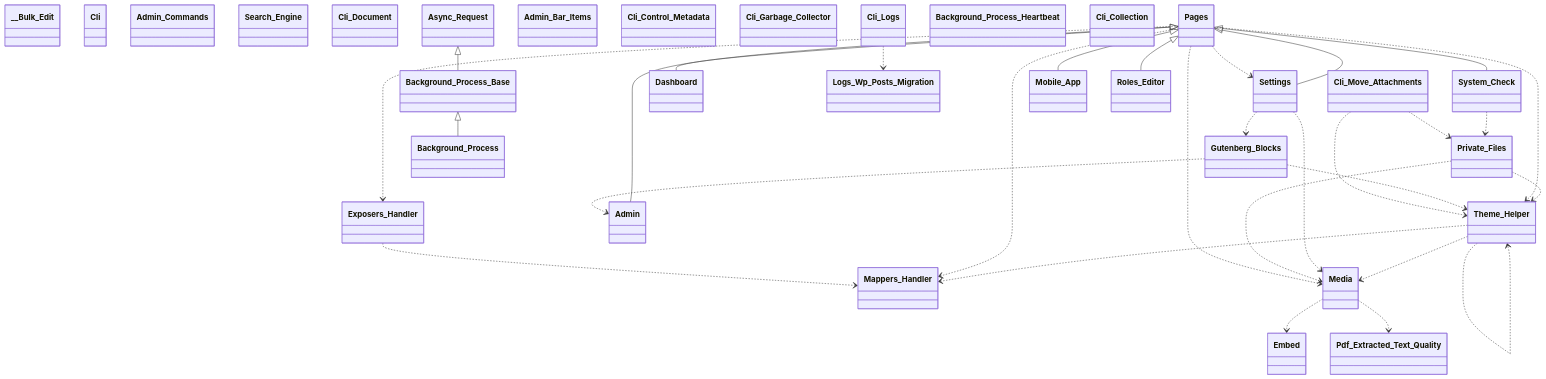
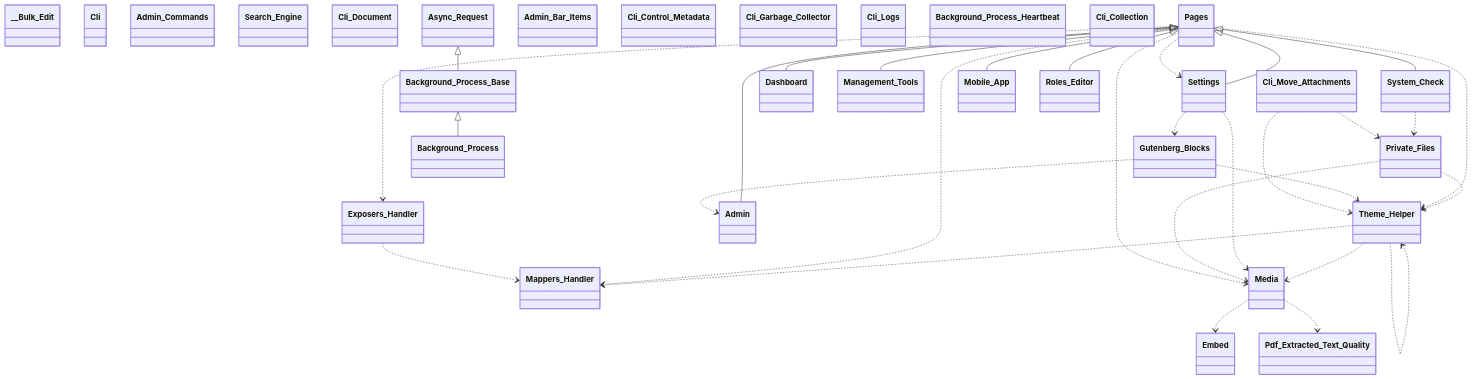
One commit to tainacan/tainacan changed the diagram in docs/diagrams/tainacan-namespace-Tainacan.mmd. Above: the diagram before and after it, drawn with Mermaid. The commit also changed 27 other files, not shown here.

```diff
--- a/docs/diagrams/tainacan-namespace-Tainacan.mmd
+++ b/docs/diagrams/tainacan-namespace-Tainacan.mmd
@@ -1,62 +1,62 @@
 classDiagram
     direction TB
     class __Bulk_Edit { }
     class Cli { }
     class Cli_Move_Attachments { }
     class Embed { }
     class System_Check { }
     class Admin_Commands { }
     class Search_Engine { }
     class Private_Files { }
     class Cli_Document { }
     class Settings { }
     class Dashboard { }
     class Pages { }
     class Admin_Bar_Items { }
     class Background_Process { }
     class Cli_Control_Metadata { }
     class Exposers_Handler { }
+    class Management_Tools { }
     class Pdf_Extracted_Text_Quality { }
     class Cli_Garbage_Collector { }
-    class Logs_Wp_Posts_Migration { }
     class Cli_Logs { }
     class Background_Process_Base { }
     class Background_Process_Heartbeat { }
     class Cli_Collection { }
     class Mobile_App { }
     class Gutenberg_Blocks { }
     class Roles_Editor { }
     class Admin { }
     class Mappers_Handler { }
     class Theme_Helper { }
     class Async_Request { }
     class Media { }
     Async_Request <|-- Background_Process_Base
     Background_Process_Base <|-- Background_Process
-    Cli_Logs ..> Logs_Wp_Posts_Migration
     Cli_Move_Attachments ..> Private_Files
     Cli_Move_Attachments ..> Theme_Helper
     Exposers_Handler ..> Mappers_Handler
     Gutenberg_Blocks ..> Admin
     Gutenberg_Blocks ..> Theme_Helper
     Media ..> Embed
     Media ..> Pdf_Extracted_Text_Quality
     Pages ..> Exposers_Handler
     Pages ..> Mappers_Handler
     Pages ..> Media
     Pages ..> Settings
     Pages ..> Theme_Helper
     Pages <|-- Admin
     Pages <|-- Dashboard
+    Pages <|-- Management_Tools
     Pages <|-- Mobile_App
     Pages <|-- Roles_Editor
     Pages <|-- Settings
     Pages <|-- System_Check
     Private_Files ..> Media
     Private_Files ..> Theme_Helper
     Settings ..> Gutenberg_Blocks
     Settings ..> Media
     System_Check ..> Private_Files
     Theme_Helper ..> Mappers_Handler
     Theme_Helper ..> Media
     Theme_Helper ..> Theme_Helper
```
